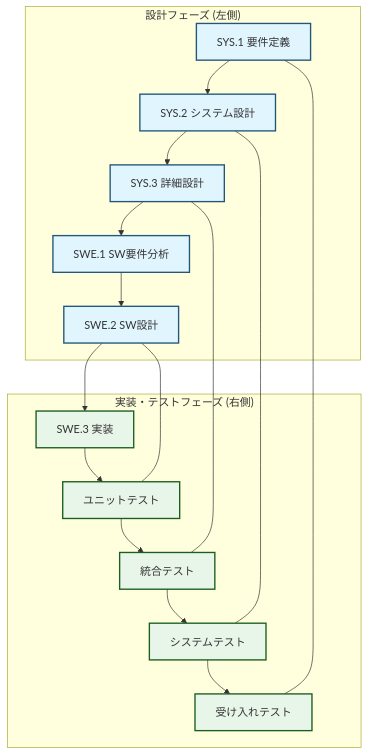
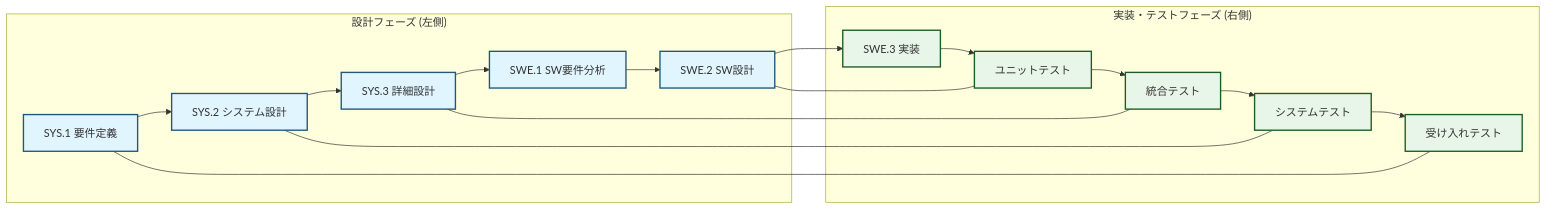
One commit to hidecodegit/my-hobby-code-A changed the diagram in docs/v-master-guideline.md. Above: the diagram before and after it, drawn with Mermaid.

Commit message:
docs: v-master-guidelineのMermaid図を改善し整合性を向上

````diff
--- a/docs/v-master-guideline.md
+++ b/docs/v-master-guideline.md
@@ -29,24 +29,24 @@
 ```mermaid
-graph TD
+graph LR
     classDef design fill:#e1f5fe,stroke:#22577a,stroke-width:2px;
     classDef test fill:#e8f5e9,stroke:#1b5e20,stroke-width:2px;
     subgraph phase_left ["設計フェーズ (左側)"]
-        A[SYS.1 要件定義] --> B[SYS.2 システム設計];
-        B --> C[SYS.3 詳細設計];
-        C --> D[SWE.1 SW要件分析];
-        D --> E[SWE.2 SW設計];
+        A[SYS.1 要件定義] --> B[SYS.2 システム設計]
+        B --> C[SYS.3 詳細設計]
+        C --> D[SWE.1 SW要件分析]
+        D --> E[SWE.2 SW設計]
     end
     subgraph phase_right ["実装・テストフェーズ (右側)"]
-        F[SWE.3 実装] --> G[ユニットテスト];
-        G --> H[統合テスト];
-        H --> I[システムテスト];
-        I --> J[受け入れテスト];
+        F[SWE.3 実装] --> G[ユニットテスト]
+        G --> H[統合テスト]
+        H --> I[システムテスト]
+        I --> J[受け入れテスト]
     end
-    class A,B,C,D,E design;
-    class F,G,H,I,J test;
-    E --> F;
-    A --- J;
-    B --- I;
-    C --- H;
-    E --- G;
+    class A,B,C,D,E design
+    class F,G,H,I,J test
+    E --> F
+    A --- J
+    B --- I
+    C --- H
+    E --- G
 ```
````
